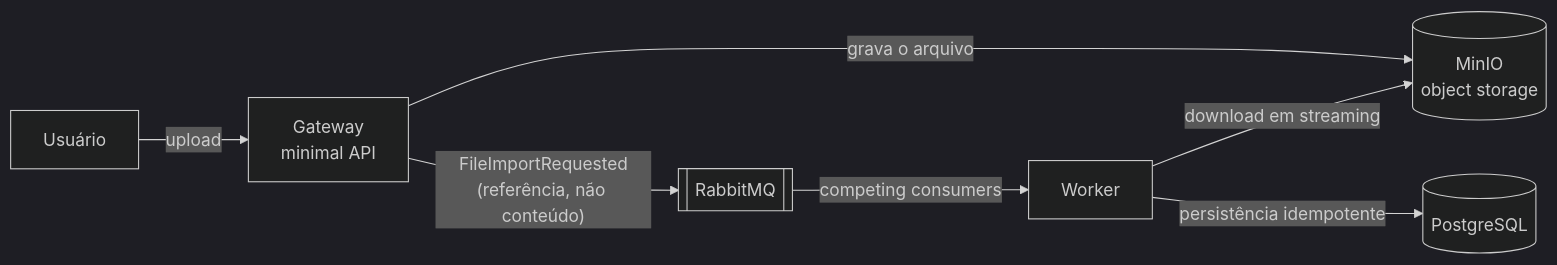
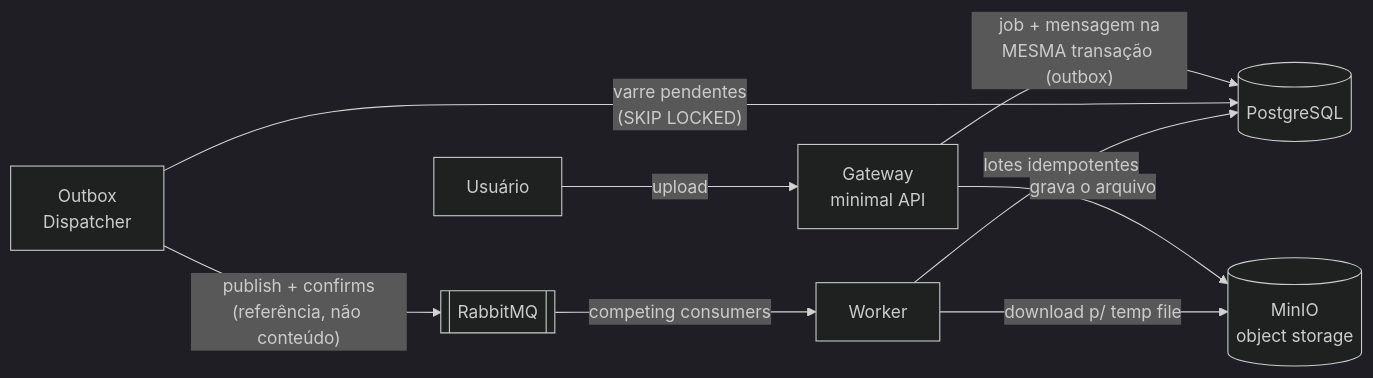
The diagram in README.md (LeonardoBalestere/async-import-service), drawn with Mermaid (dark theme) before and after one commit. The commit also changed other lines of this file and 20 other files, not shown here.

First line of the commit message:
Fase 2: streaming-parse medido, retry + DLQ e outbox transacional

````diff
--- a/README.md
+++ b/README.md
@@ -7,9 +7,11 @@
 ```mermaid
 flowchart LR
     U[Usuário] -->|upload| G[Gateway<br/>minimal API]
     G -->|grava o arquivo| S[(MinIO<br/>object storage)]
-    G -->|"FileImportRequested<br/>(referência, não conteúdo)"| Q[[RabbitMQ]]
+    G -->|"job + mensagem na<br/>MESMA transação (outbox)"| P[(PostgreSQL)]
+    OD[Outbox<br/>Dispatcher] -->|"varre pendentes<br/>(SKIP LOCKED)"| P
+    OD -->|"publish + confirms<br/>(referência, não conteúdo)"| Q[[RabbitMQ]]
     Q -->|competing consumers| W[Worker]
-    W -->|download em streaming| S
-    W -->|persistência idempotente| P[(PostgreSQL)]
+    W -->|download p/ temp file| S
+    W -->|lotes idempotentes| P
 ```
````
